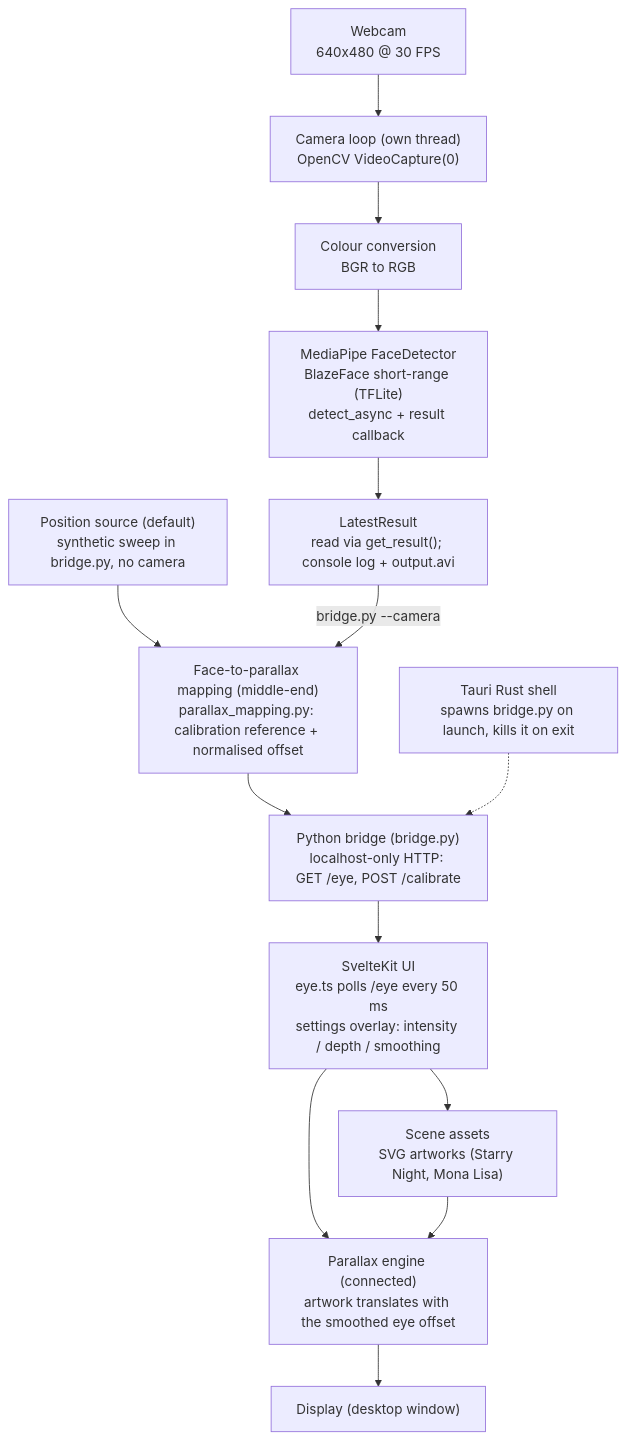
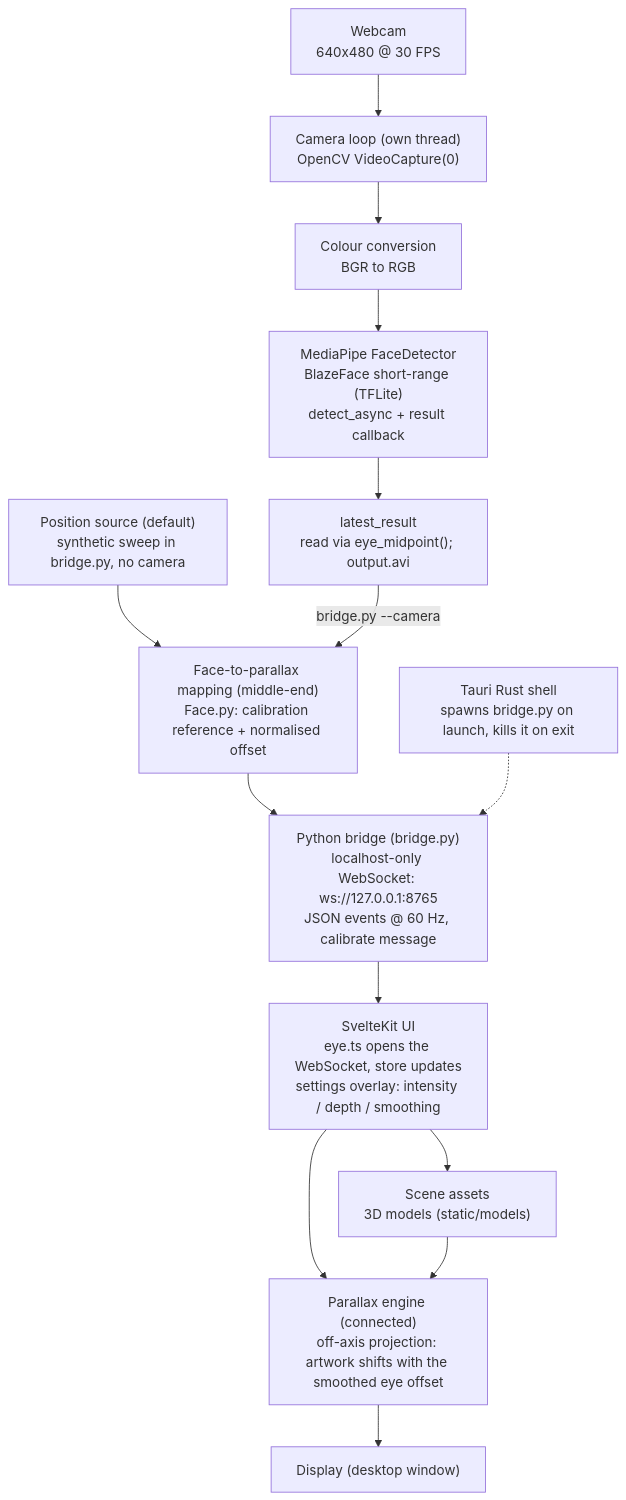
Before and after one commit to Project21IIGroup3/Project_2_1_II_Group_3: the diagram in WORKFLOW.md, drawn with Mermaid. The commit also changed other lines of this file and 16 other files, not shown here.

````diff
--- a/WORKFLOW.md
+++ b/WORKFLOW.md
@@ -10,16 +10,16 @@
 ```mermaid
 flowchart TD
-    SYN["Position source (default)<br/>synthetic sweep in bridge.py, no camera"] --> MAP["Face-to-parallax mapping (middle-end)<br/>parallax_mapping.py: calibration reference + normalised offset"]
+    SYN["Position source (default)<br/>synthetic sweep in bridge.py, no camera"] --> MAP["Face-to-parallax mapping (middle-end)<br/>Face.py: calibration reference + normalised offset"]
     CAM["Webcam<br/>640x480 @ 30 FPS"] --> LOOP["Camera loop (own thread)<br/>OpenCV VideoCapture(0)"]
     LOOP --> RGB["Colour conversion<br/>BGR to RGB"]
     RGB --> DET["MediaPipe FaceDetector<br/>BlazeFace short-range (TFLite)<br/>detect_async + result callback"]
-    DET --> STORE["LatestResult<br/>read via get_result(); console log + output.avi"]
+    DET --> STORE["latest_result<br/>read via eye_midpoint(); output.avi"]
     STORE -->|"bridge.py --camera"| MAP
-    MAP --> BRIDGE["Python bridge (bridge.py)<br/>localhost-only HTTP: GET /eye, POST /calibrate"]
+    MAP --> BRIDGE["Python bridge (bridge.py)<br/>localhost-only WebSocket: ws://127.0.0.1:8765<br/>JSON events @ 60 Hz, calibrate message"]
     RUST["Tauri Rust shell<br/>spawns bridge.py on launch, kills it on exit"] -.-> BRIDGE
-    BRIDGE --> UI["SvelteKit UI<br/>eye.ts polls /eye every 50 ms<br/>settings overlay: intensity / depth / smoothing"]
-    UI --> ENG["Parallax engine (connected)<br/>artwork translates with the smoothed eye offset"]
+    BRIDGE --> UI["SvelteKit UI<br/>eye.ts opens the WebSocket, store updates<br/>settings overlay: intensity / depth / smoothing"]
+    UI --> ENG["Parallax engine (connected)<br/>off-axis projection: artwork shifts with the smoothed eye offset"]
     ENG --> DISP["Display (desktop window)"]
-    UI --> ART["Scene assets<br/>SVG artworks (Starry Night, Mona Lisa)"]
+    UI --> ART["Scene assets<br/>3D models (static/models)"]
     ART --> ENG
 ```
````
